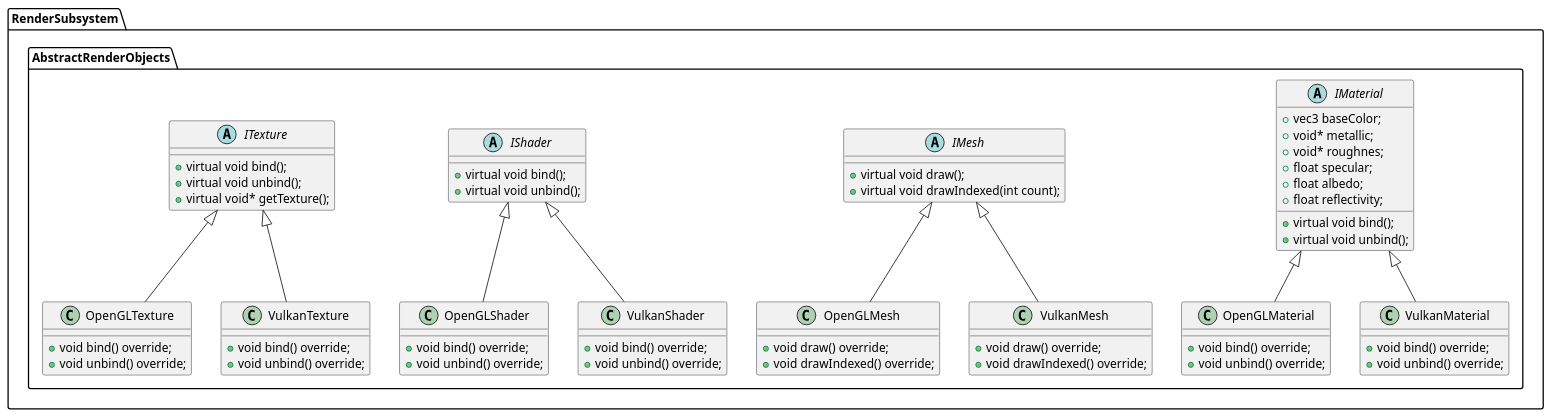
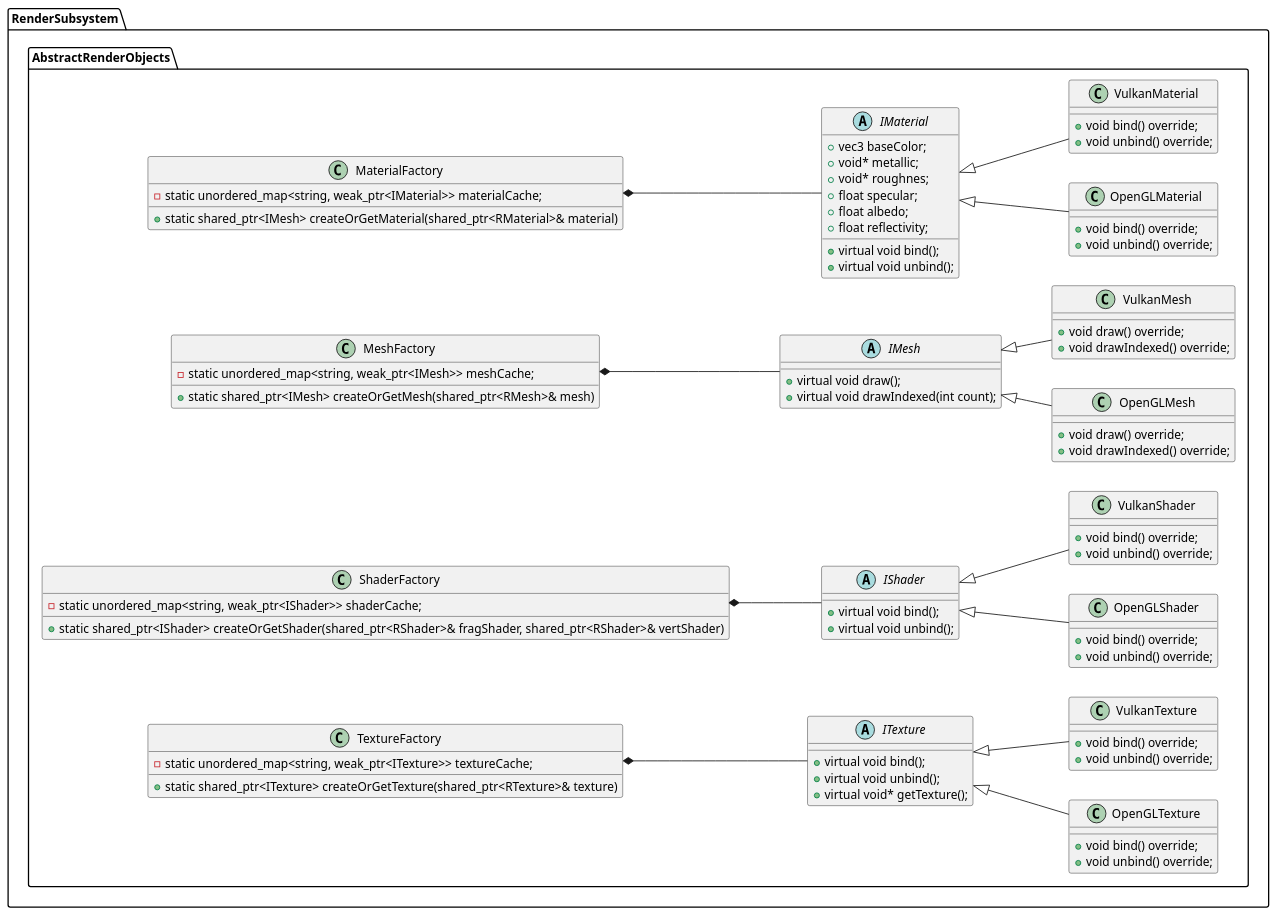
The diagram in docs/diagrams/src/class_diagram/RenderSubsystem/AbstractRenderObjects.puml (MEgorov4/LampyEngine), drawn with PlantUML before and after one commit. The commit also changed 14 other files, not shown here.

```diff
--- a/docs/diagrams/src/class_diagram/RenderSubsystem/AbstractRenderObjects.puml
+++ b/docs/diagrams/src/class_diagram/RenderSubsystem/AbstractRenderObjects.puml
@@ -1,86 +1,121 @@
 @startuml
-
+left to right direction
 package RenderSubsystem.AbstractRenderObjects
 {
+    
     abstract class IMaterial
     {
         +vec3 baseColor;
         +void* metallic;
         +void* roughnes;
         +float specular;
         +float albedo;
         +float reflectivity;
 
         +virtual void bind();
         +virtual void unbind();
     }
     abstract class IMesh
     {
         +virtual void draw();
         +virtual void drawIndexed(int count);
     }
     abstract class IShader
     {
         +virtual void bind();
         +virtual void unbind();
     }
     abstract class ITexture
     {
         +virtual void bind();
         +virtual void unbind();
         +virtual void* getTexture();
     }
 }
 
 package RenderSubsystem.AbstractRenderObjects {
 
 
     class OpenGLMaterial extends IMaterial
     {
         +void bind() override;
         +void unbind() override;
     }
 
     class OpenGLMesh extends IMesh
     {
         +void draw() override;
         +void drawIndexed() override;
     }
 
     class OpenGLShader extends IShader
     {
         +void bind() override;
         +void unbind() override;
     }
 
     class OpenGLTexture extends ITexture
     {
         +void bind() override;
         +void unbind() override;    
     }
 
     class VulkanMaterial extends IMaterial
     {
         +void bind() override;
         +void unbind() override;
     }
     class VulkanMesh  extends IMesh
     {
         +void draw() override;
         +void drawIndexed() override;
     }
     class VulkanShader extends IShader
     {
         +void bind() override;
         +void unbind() override;
     }
     class VulkanTexture extends ITexture
     {
         +void bind() override;
         +void unbind() override;    
     }
 
 }
 
+package RenderSubsystem.AbstractRenderObjects 
+{
+    class TextureFactory
+    {
+        -static unordered_map<string, weak_ptr<ITexture>> textureCache;
+        +static shared_ptr<ITexture> createOrGetTexture(shared_ptr<RTexture>& texture)
+    }
+
+    ITexture -up-* TextureFactory
+
+    class ShaderFactory
+    {
+        -static unordered_map<string, weak_ptr<IShader>> shaderCache;
+        +static shared_ptr<IShader> createOrGetShader(shared_ptr<RShader>& fragShader, shared_ptr<RShader>& vertShader)
+    }
+
+    IShader -up-* ShaderFactory
+
+    class MeshFactory
+    {
+        -static unordered_map<string, weak_ptr<IMesh>> meshCache;
+        +static shared_ptr<IMesh> createOrGetMesh(shared_ptr<RMesh>& mesh)
+    }
+
+    IMesh -up-* MeshFactory
+
+    class MaterialFactory
+    {
+        -static unordered_map<string, weak_ptr<IMaterial>> materialCache;
+        +static shared_ptr<IMesh> createOrGetMaterial(shared_ptr<RMaterial>& material)
+    }
+
+    IMaterial -up-* MaterialFactory
+}
 
 @enduml
```
